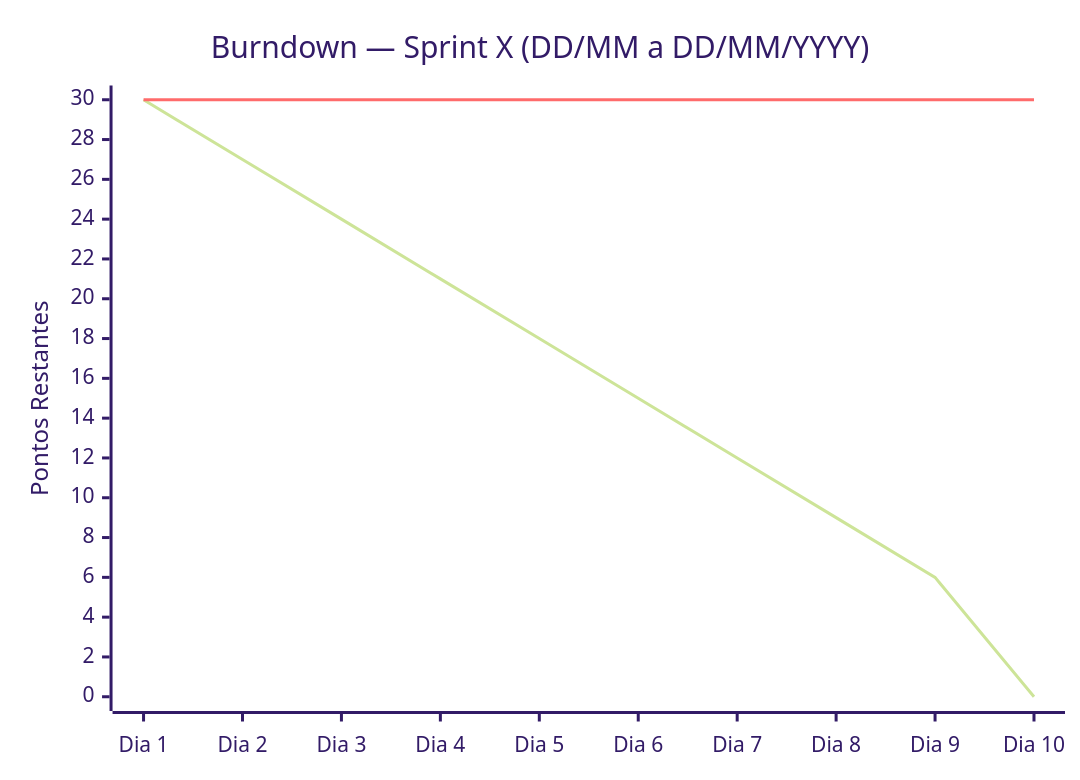
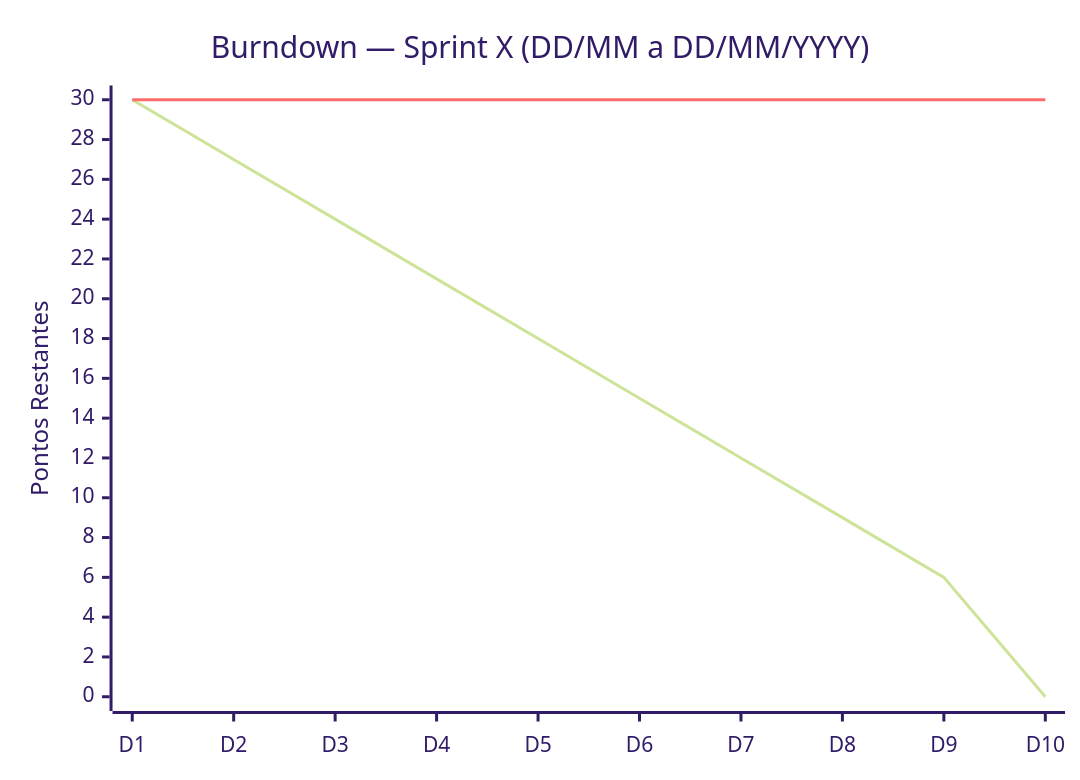
One commit to DEVassos/scrum-flow-abp changed the diagram in docs/scrum/templates/sprint.md. Above: the diagram before and after it, drawn with Mermaid (forest theme). The commit also changed other lines of this file and 1 other file, not shown here.

````diff
--- a/docs/scrum/templates/sprint.md
+++ b/docs/scrum/templates/sprint.md
@@ -33,8 +39,8 @@
 ```mermaid
 xychart-beta
     title "Burndown — Sprint X (DD/MM a DD/MM/YYYY)"
-    x-axis ["Dia 1", "Dia 2", "Dia 3", "Dia 4", "Dia 5", "Dia 6", "Dia 7", "Dia 8", "Dia 9", "Dia 10"]
+    x-axis ["D1", "D2", "D3", "D4", "D5", "D6", "D7", "D8", "D9", "D10"]
     y-axis "Pontos Restantes" 0 --> 30
     line [30, 27, 24, 21, 18, 15, 12, 9, 6, 0]
     line [30, 30, 30, 30, 30, 30, 30, 30, 30, 30]
 ```
````
